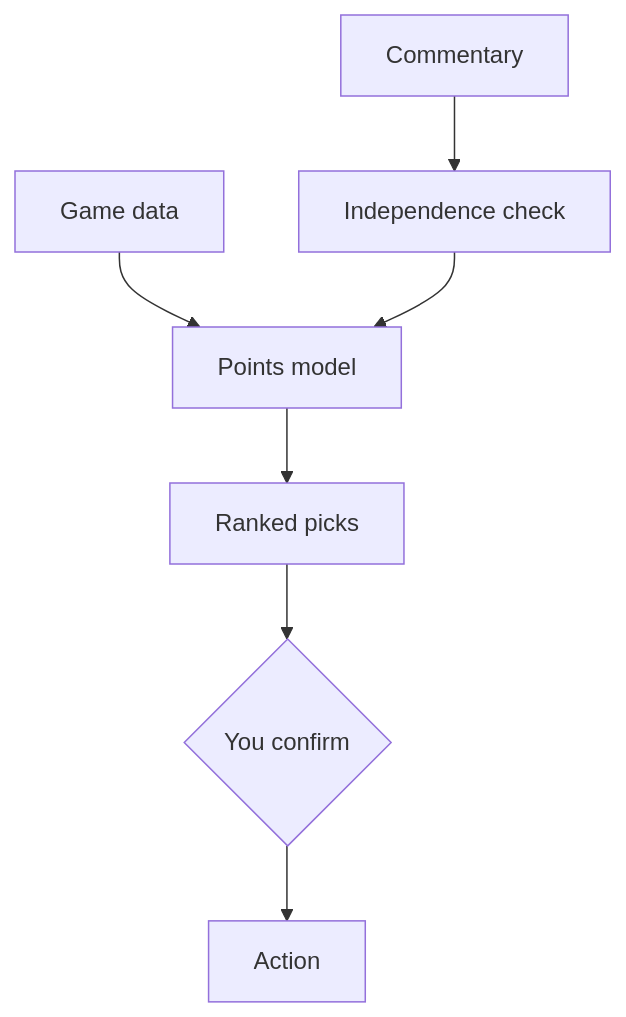
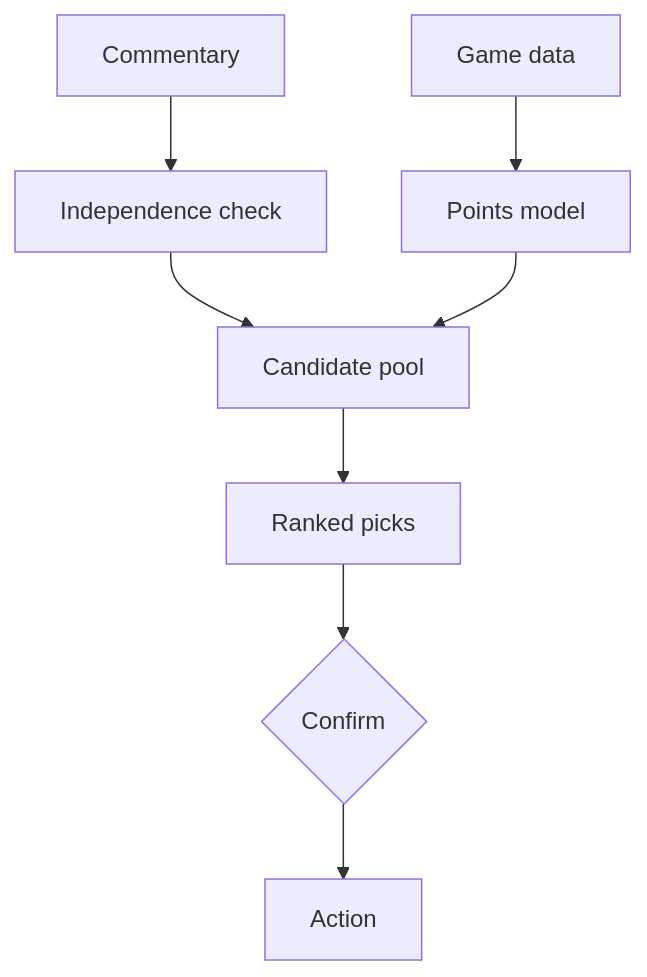
Before and after one commit to Mohanad1st/fpl-war-room-showcase: the diagram in README.md, drawn with Mermaid. The commit also changed other lines of this file, not shown here.

````diff
--- a/README.md
+++ b/README.md
@@ -24,11 +22,12 @@
 ```mermaid
 flowchart TD
   accTitle: How the weekly decision is made
-  accDescr: Official game data feeds an expected-points model; public commentary is checked for independence; the model produces ranked picks with cited evidence, and nothing is acted on until you confirm.
+  accDescr: Official game data feeds an expected-points model; public commentary is checked for independence and narrows the candidate pool; the result is ranked picks with cited evidence, acted on only after confirmation unless an off-by-default unattended mode is switched on.
   A[Game data] --> D[Points model]
   B[Commentary] --> C[Independence check]
-  C --> D
-  D --> E[Ranked picks]
-  E --> F{You confirm}
-  F --> G[Action]
+  C --> E[Candidate pool]
+  D --> E
+  E --> F[Ranked picks]
+  F --> G{Confirm}
+  G --> H[Action]
 ```
````
